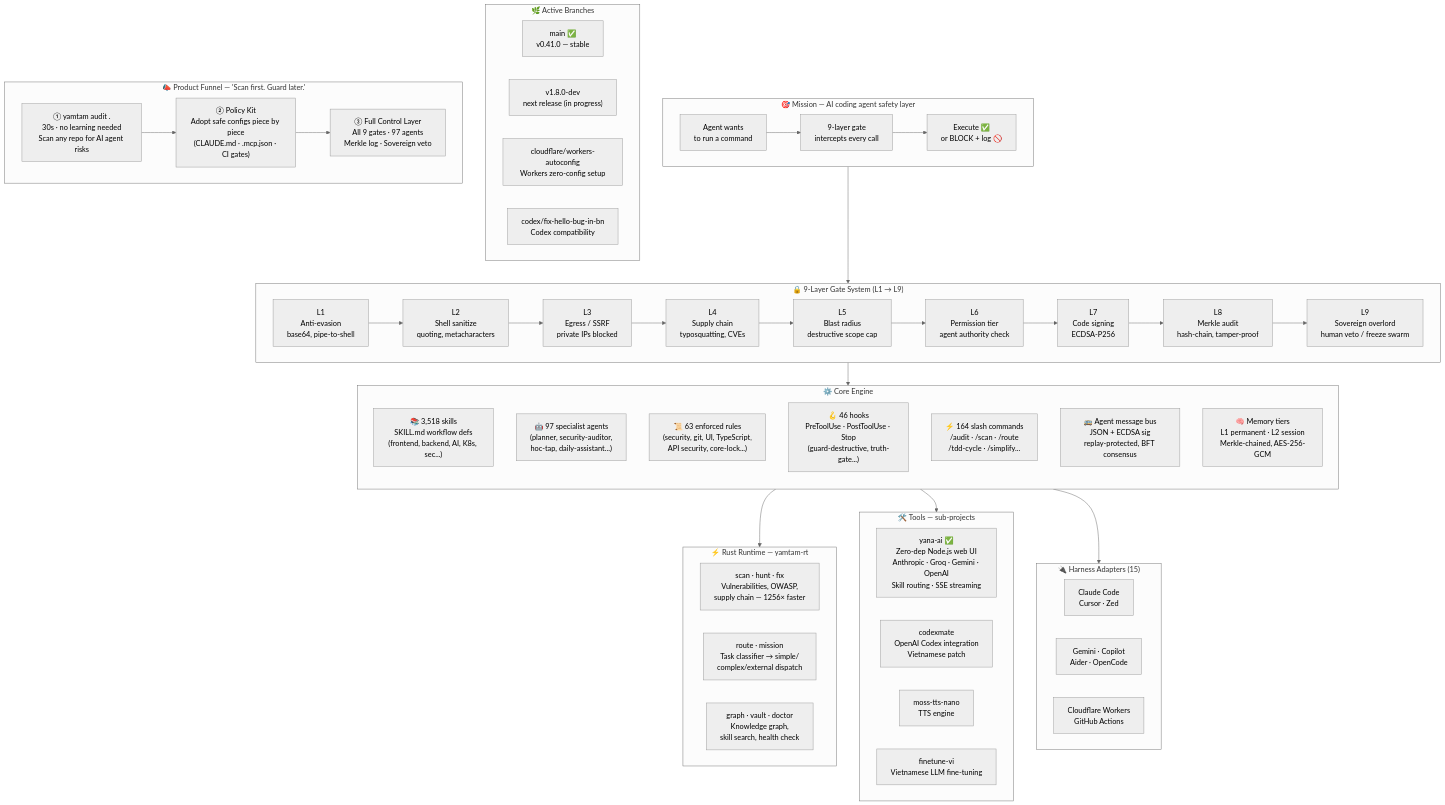
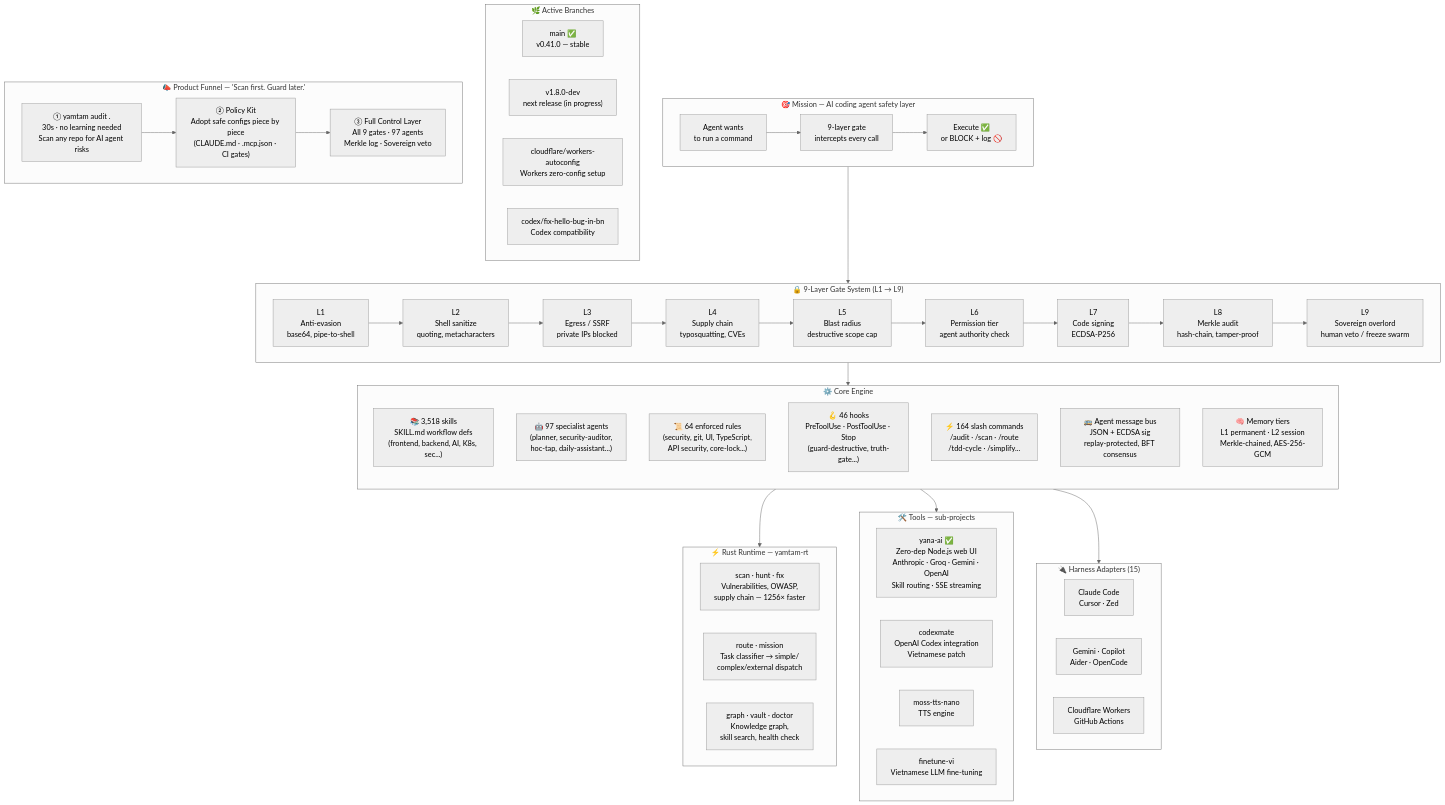
The diagram in README.md (yanacuti1121/Yana-AI), drawn with Mermaid (neutral theme) before and after one commit. The commit also changed other lines of this file and 5 other files, not shown here.

```diff
--- a/README.md
+++ b/README.md
@@ -113,7 +113,7 @@
         direction TB
         SKILLS["📚 3,518 skills\nSKILL.md workflow defs\n(frontend, backend, AI, K8s, sec...)"]
         AGENTS["🤖 97 specialist agents\n(planner, security-auditor,\nhoc-tap, daily-assistant...)"]
-        RULES["📜 63 enforced rules\n(security, git, UI, TypeScript,\nAPI security, core-lock...)"]
+        RULES["📜 64 enforced rules\n(security, git, UI, TypeScript,\nAPI security, core-lock...)"]
         HOOKS["🪝 46 hooks\nPreToolUse · PostToolUse · Stop\n(guard-destructive, truth-gate...)"]
         CMDS["⚡ 164 slash commands\n/audit · /scan · /route\n/tdd-cycle · /simplify..."]
         BUS["🚌 Agent message bus\nJSON + ECDSA sig\nreplay-protected, BFT consensus"]
```
